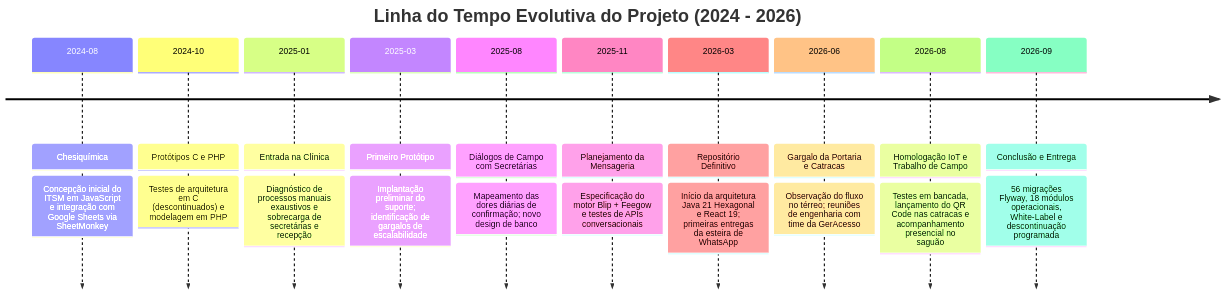
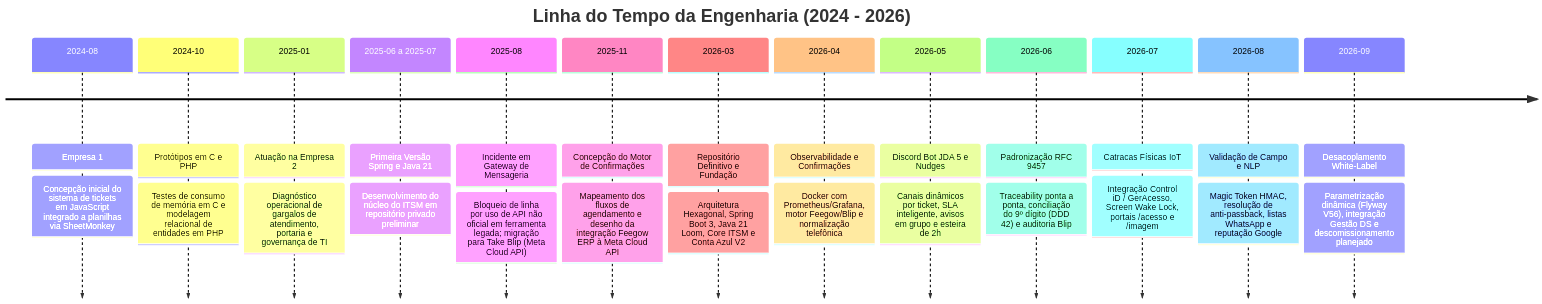
The first of 3 diagrams in docs/RELATORIO_DESENVOLVIMENTO_E_POSTMORTEM.md (VictorGHss/CTRLS-ITSM), drawn with Mermaid before and after one commit. The commit also changed other lines of this file and 20 other files, not shown here.

````diff
--- a/docs/RELATORIO_DESENVOLVIMENTO_E_POSTMORTEM.md
+++ b/docs/RELATORIO_DESENVOLVIMENTO_E_POSTMORTEM.md
@@ -29,14 +29,17 @@
 ```mermaid
 timeline
-    title Linha do Tempo Evolutiva do Projeto (2024 - 2026)
-    2024-08 : Chesiquímica : Concepção inicial do ITSM em JavaScript e integração com Google Sheets via SheetMonkey
-    2024-10 : Protótipos C e PHP : Testes de arquitetura em C (descontinuados) e modelagem em PHP
-    2025-01 : Entrada na Clínica : Diagnóstico de processos manuais exaustivos e sobrecarga de secretárias e recepção
-    2025-03 : Primeiro Protótipo : Implantação preliminar do suporte; identificação de gargalos de escalabilidade
-    2025-08 : Diálogos de Campo com Secretárias : Mapeamento das dores diárias de confirmação; novo design de banco
-    2025-11 : Planejamento da Mensageria : Especificação do motor Blip + Feegow e testes de APIs conversacionais
-    2026-03 : Repositório Definitivo : Início da arquitetura Java 21 Hexagonal e React 19; primeiras entregas da esteira de WhatsApp
-    2026-06 : Gargalo da Portaria e Catracas : Observação do fluxo no térreo; reuniões de engenharia com time da GerAcesso
-    2026-08 : Homologação IoT e Trabalho de Campo : Testes em bancada, lançamento do QR Code nas catracas e acompanhamento presencial no saguão
-    2026-09 : Conclusão e Entrega : 56 migrações Flyway, 18 módulos operacionais, White-Label e descontinuação programada
+    title Linha do Tempo da Engenharia (2024 - 2026)
+    2024-08 : Empresa 1 : Concepção inicial do sistema de tickets em JavaScript integrado a planilhas via SheetMonkey
+    2024-10 : Protótipos em C e PHP : Testes de consumo de memória em C e modelagem relacional de entidades em PHP
+    2025-01 : Atuação na Empresa 2 : Diagnóstico operacional de gargalos de atendimento, portaria e governança de TI
+    2025-06 a 2025-07 : Primeira Versão Spring e Java 21 : Desenvolvimento do núcleo do ITSM em repositório privado preliminar
+    2025-08 : Incidente em Gateway de Mensageria : Bloqueio de linha por uso de API não oficial em ferramenta legada; migração para Take Blip (Meta Cloud API)
+    2025-11 : Concepção do Motor de Confirmações : Mapeamento dos fluxos de agendamento e desenho da integração Feegow ERP à Meta Cloud API
+    2026-03 : Repositório Definitivo e Fundação : Arquitetura Hexagonal, Spring Boot 3, Java 21 Loom, Core ITSM e Conta Azul V2
+    2026-04 : Observabilidade e Confirmações : Docker com Prometheus/Grafana, motor Feegow/Blip e normalização telefônica
+    2026-05 : Discord Bot JDA 5 e Nudges : Canais dinâmicos por ticket, SLA inteligente, avisos em grupo e esteira de 2h
+    2026-06 : Padronização RFC 9457 : Traceability ponta a ponta, conciliação do 9º dígito (DDD 42) e auditoria Blip
+    2026-07 : Catracas Físicas IoT : Integração Control iD / GerAcesso, Screen Wake Lock, portais /acesso e /imagem
+    2026-08 : Validação de Campo e NLP : Magic Token HMAC, resolução de anti-passback, listas WhatsApp e reputação Google
+    2026-09 : Desacoplamento White-Label : Parametrização dinâmica (Flyway V56), integração Gestão DS e descomissionamento planejado
 ```
````
